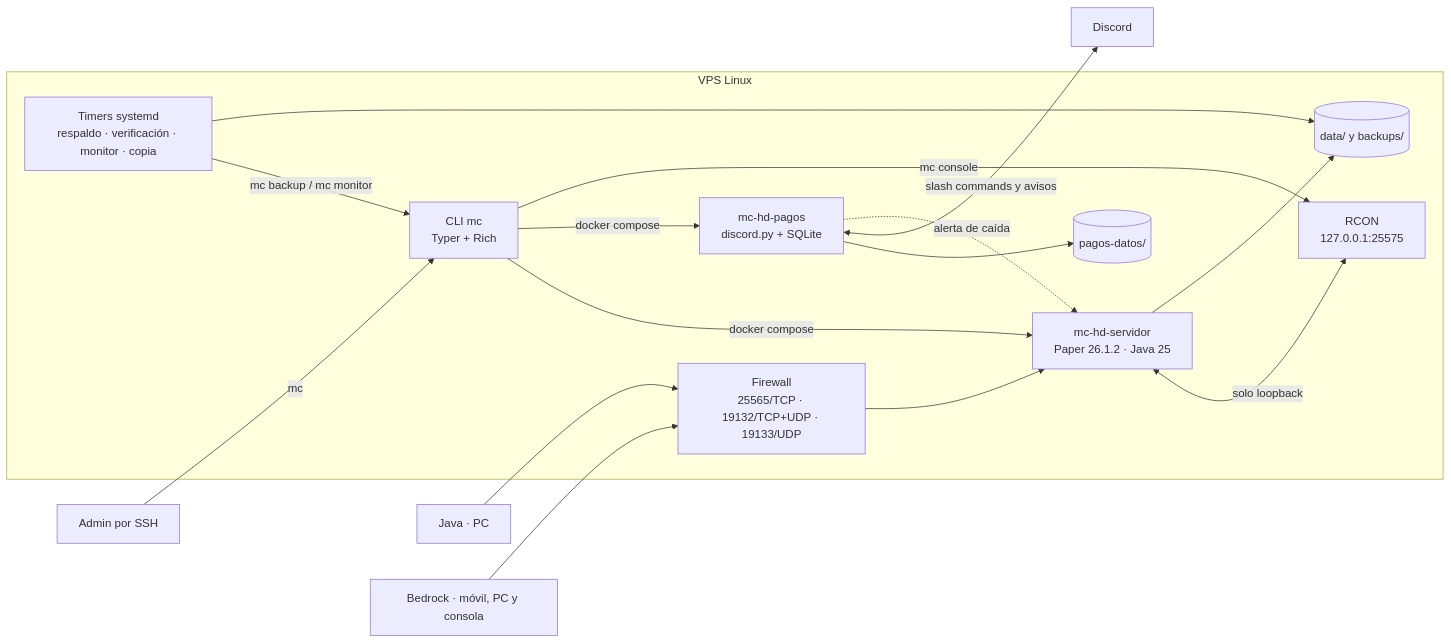
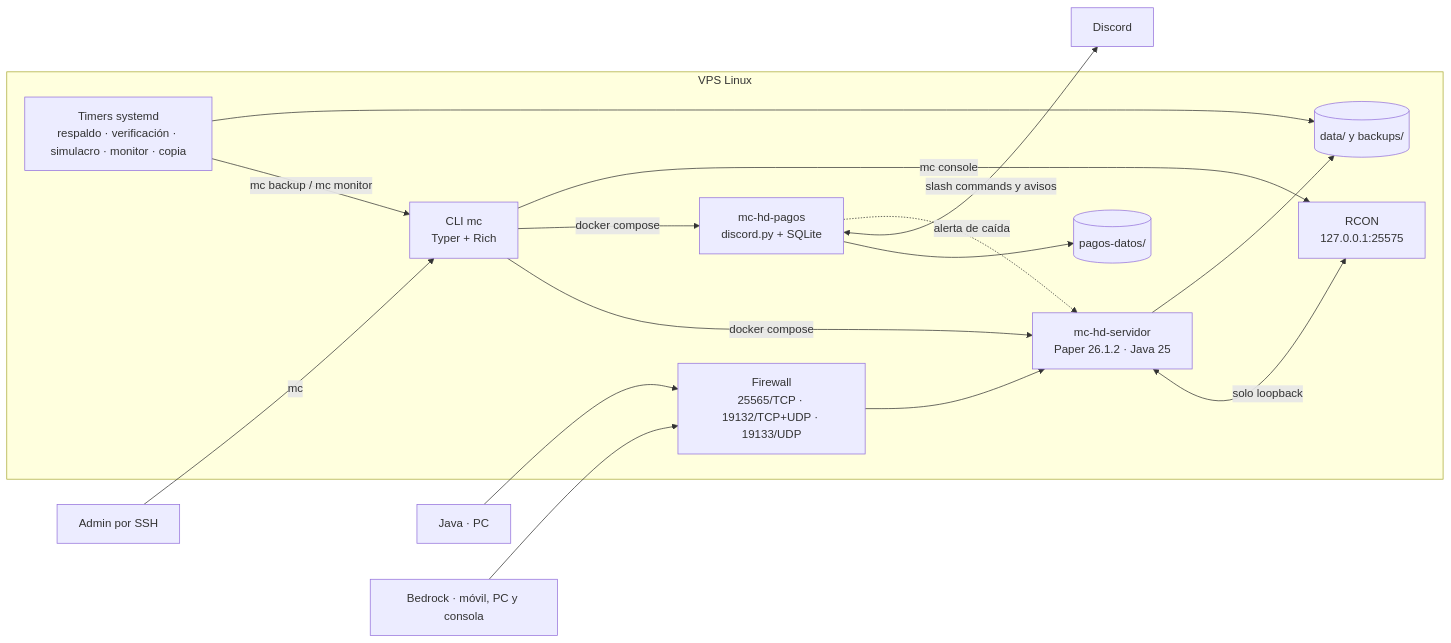
The diagram in README.md (BrianMariscal/Minecraft-Server), drawn with Mermaid before and after one commit. The commit also changed other lines of this file and 32 other files, not shown here.

````diff
--- a/README.md
+++ b/README.md
@@ -18,33 +20,33 @@
 ```mermaid
 flowchart LR
     Java["Java · PC"]
     Bedrock["Bedrock · móvil, PC y consola"]
     Discord["Discord"]
     Admin["Admin por SSH"]
 
     subgraph VPS["VPS Linux"]
         Firewall["Firewall<br/>25565/TCP · 19132/TCP+UDP · 19133/UDP"]
         Server["mc-hd-servidor<br/>Paper 26.1.2 · Java 25"]
         RCON["RCON<br/>127.0.0.1:25575"]
         CLI["CLI mc<br/>Typer + Rich"]
-        Timers["Timers systemd<br/>respaldo · verificación · monitor · copia"]
+        Timers["Timers systemd<br/>respaldo · verificación · simulacro · monitor · copia"]
         Backups[("data/ y backups/")]
         Pagos["mc-hd-pagos<br/>discord.py + SQLite"]
         PagosDB[("pagos-datos/")]
     end
 
     Java --> Firewall
     Bedrock --> Firewall
     Firewall --> Server
     Server <-->|"solo loopback"| RCON
     Admin -->|"mc"| CLI
     CLI -->|"docker compose"| Server
     CLI -->|"docker compose"| Pagos
     CLI -->|"mc console"| RCON
     Timers -->|"mc backup / mc monitor"| CLI
     Timers --> Backups
     Server --> Backups
     Pagos --> PagosDB
     Pagos <-->|"slash commands y avisos"| Discord
     Pagos -.->|"alerta de caída"| Server
 ```
````
